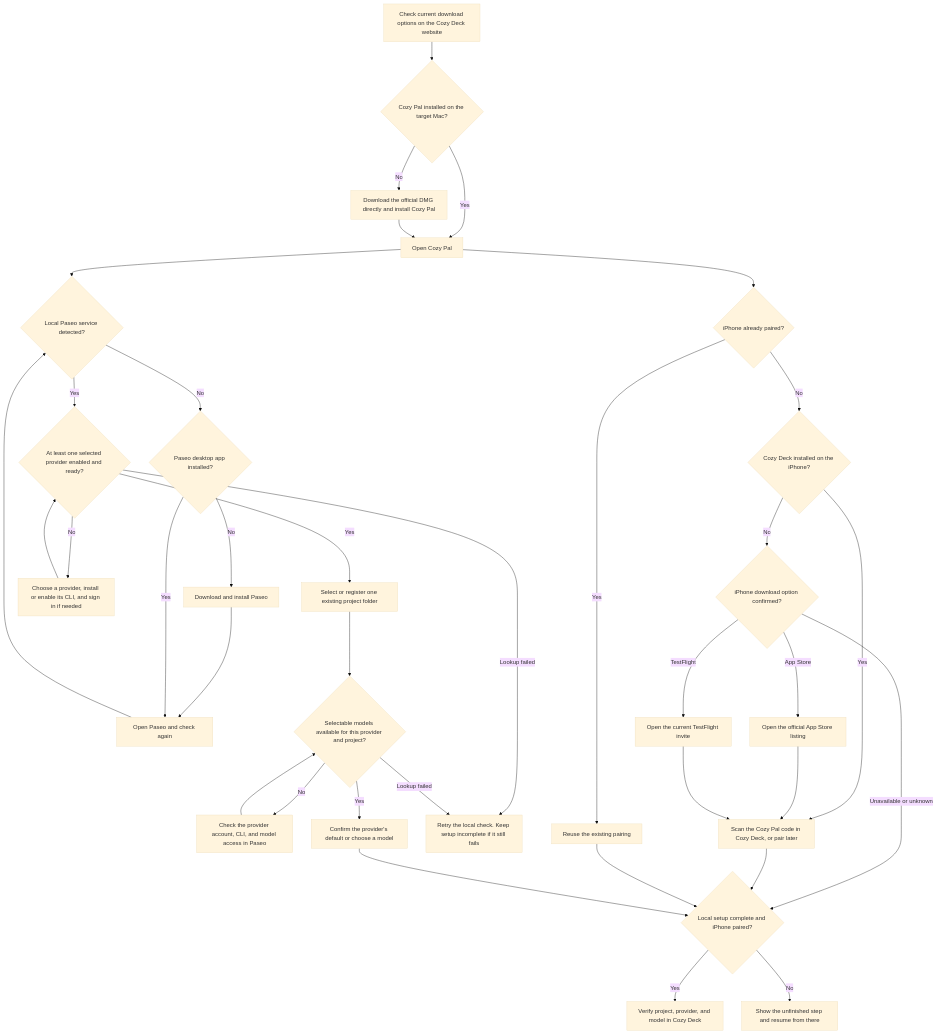
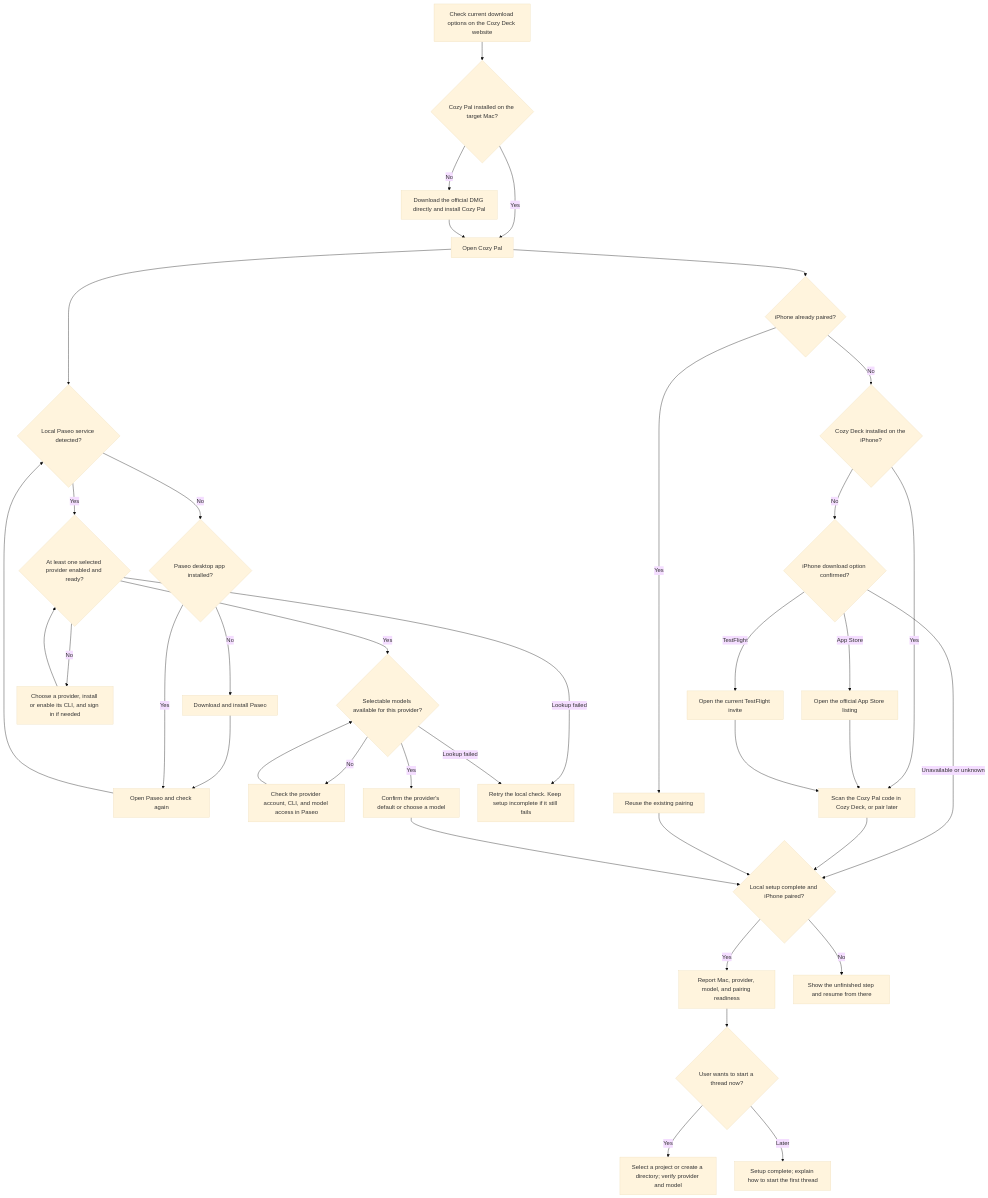
One commit to NjrSea/cozy-pal-onboarding changed the diagram in SKILL.md. Above: the diagram before and after it, drawn with Mermaid (base theme). The commit also changed other lines of this file and 2 other files, not shown here.

Commit message:
Allow project selection and directory creation after onboarding

````diff
--- a/SKILL.md
+++ b/SKILL.md
@@ -22,40 +22,42 @@
 ```mermaid
 flowchart TD
     Start["Check current download options on the Cozy Deck website"] --> Pal{"Cozy Pal installed on the target Mac?"}
     Pal -->|No| DMG["Download the official DMG directly and install Cozy Pal"]
     Pal -->|Yes| Open["Open Cozy Pal"]
     DMG --> Open
 
     Open --> Service{"Local Paseo service detected?"}
     Service -->|No| Paseo{"Paseo desktop app installed?"}
     Paseo -->|No| Install["Download and install Paseo"]
     Install --> OpenPaseo["Open Paseo and check again"]
     Paseo -->|Yes| OpenPaseo
     OpenPaseo --> Service
     Service -->|Yes| Provider{"At least one selected provider enabled and ready?"}
     Provider -->|No| Configure["Choose a provider, install or enable its CLI, and sign in if needed"]
     Configure --> Provider
-    Provider -->|Yes| Project["Select or register one existing project folder"]
-    Project --> Models{"Selectable models available for this provider and project?"}
+    Provider -->|Yes| Models{"Selectable models available for this provider?"}
     Models -->|No| Fix["Check the provider account, CLI, and model access in Paseo"]
     Fix --> Models
     Models -->|Yes| Select["Confirm the provider's default or choose a model"]
     Provider -->|Lookup failed| Retry["Retry the local check. Keep setup incomplete if it still fails"]
     Models -->|Lookup failed| Retry
 
     Open --> Phone{"iPhone already paired?"}
     Phone -->|No| Deck{"Cozy Deck installed on the iPhone?"}
     Deck -->|Yes| Scan["Scan the Cozy Pal code in Cozy Deck, or pair later"]
     Deck -->|No| Channel{"iPhone download option confirmed?"}
     Channel -->|App Store| Store["Open the official App Store listing"]
     Channel -->|TestFlight| Invite["Open the current TestFlight invite"]
     Channel -->|Unavailable or unknown| Check
     Store --> Scan
     Invite --> Scan
     Phone -->|Yes| Paired["Reuse the existing pairing"]
     Scan --> Check
     Paired --> Check
     Select --> Check{"Local setup complete and iPhone paired?"}
-    Check -->|Yes| Verify["Verify project, provider, and model in Cozy Deck"]
+    Check -->|Yes| Ready["Report Mac, provider, model, and pairing readiness"]
+    Ready --> First{"User wants to start a thread now?"}
+    First -->|Yes| Verify["Select a project or create a directory; verify provider and model"]
+    First -->|Later| Done["Setup complete; explain how to start the first thread"]
     Check -->|No| Pending["Show the unfinished step and resume from there"]
 ```
````
